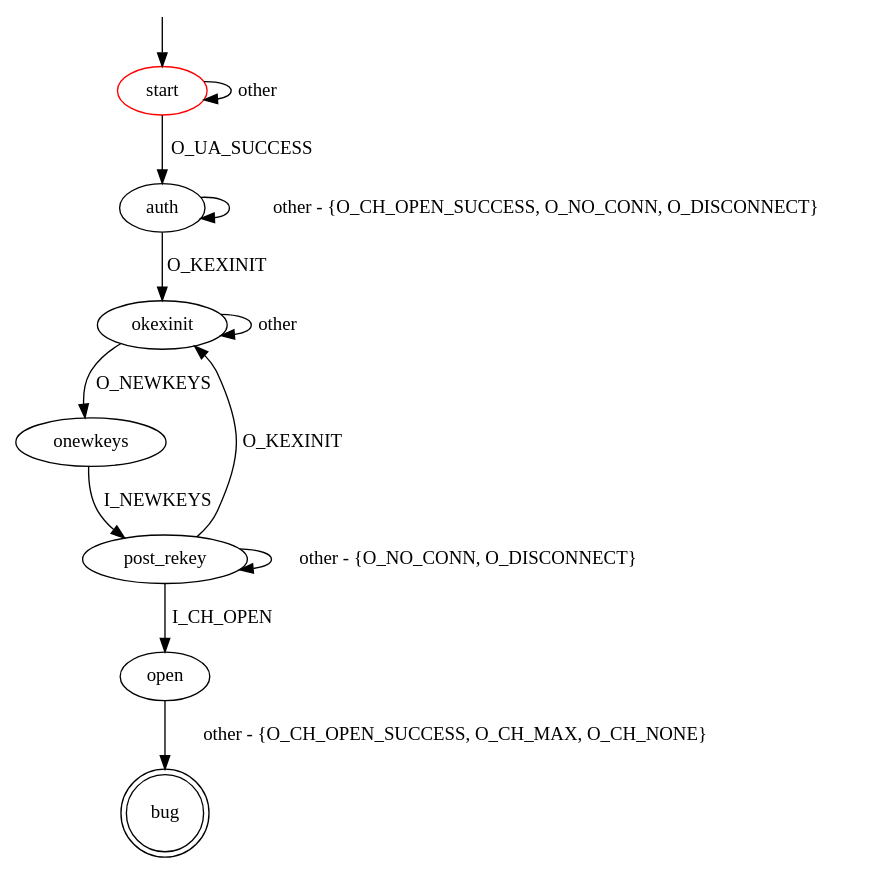
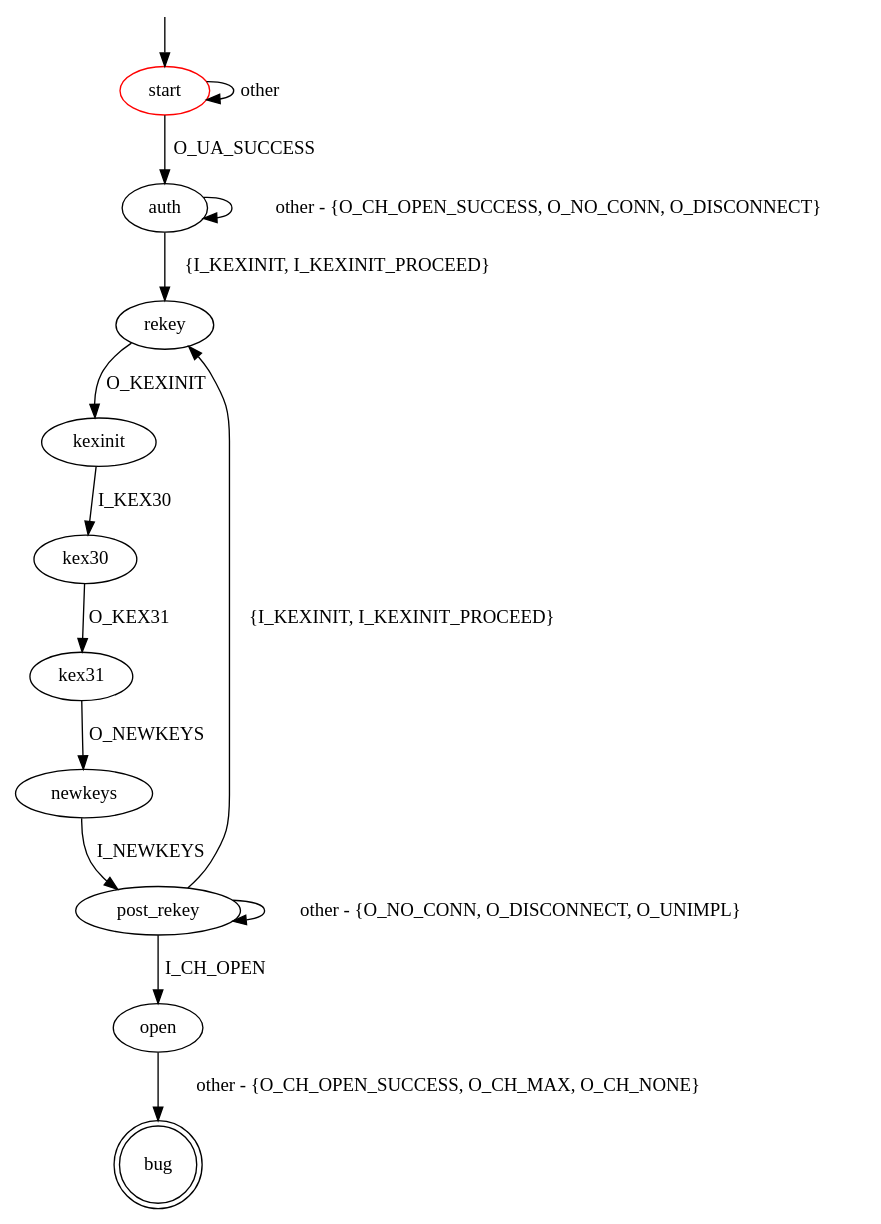
One commit to assist-project/state-machine-bug-finder changed the diagram in src/main/resources/patterns/ssh/channel_open_failure_after_rekey.dot. Above: the diagram before and after it, drawn with Graphviz. The commit also changed 2 other files, not shown here.

Commit message:
Updated bug patterns for rekey-related bugs

```diff
--- a/src/main/resources/patterns/ssh/channel_open_failure_after_rekey.dot
+++ b/src/main/resources/patterns/ssh/channel_open_failure_after_rekey.dot
@@ -1,25 +1,26 @@
 digraph G {
 label=""
 start [color="red"]
 bug [shape="doublecircle"]
 
 start -> auth [label="O_UA_SUCCESS"]
 start -> start [label="other"]
 
-auth -> okexinit [label="O_KEXINIT"]
+auth -> rekey [label="{I_KEXINIT, I_KEXINIT_PROCEED}"]
 auth -> auth [label="other - {O_CH_OPEN_SUCCESS, O_NO_CONN, O_DISCONNECT}"]
 
-okexinit -> onewkeys [label="O_NEWKEYS"]
-okexinit -> okexinit [label="other"]
-
-onewkeys -> post_rekey [label="I_NEWKEYS"]
-
 post_rekey -> open [label="I_CH_OPEN"]
-post_rekey -> okexinit [label="O_KEXINIT"]
-post_rekey -> post_rekey [label="other - {O_NO_CONN, O_DISCONNECT}"]
+post_rekey -> rekey [label="{I_KEXINIT, I_KEXINIT_PROCEED}"]
+post_rekey -> post_rekey [label="other - {O_NO_CONN, O_DISCONNECT, O_UNIMPL}"]
 
 open -> bug [label="other - {O_CH_OPEN_SUCCESS, O_CH_MAX, O_CH_NONE}"]
+
+rekey -> kexinit [label="O_KEXINIT"]
+kexinit -> kex30 [label="I_KEX30"]
+kex30 -> kex31 [label="O_KEX31"]
+kex31 -> newkeys [label="O_NEWKEYS"]
+newkeys -> post_rekey [label="I_NEWKEYS"]
 
 __start0 [label="" shape="none" width="0" height="0"];
 __start0 -> start;
 }
```
